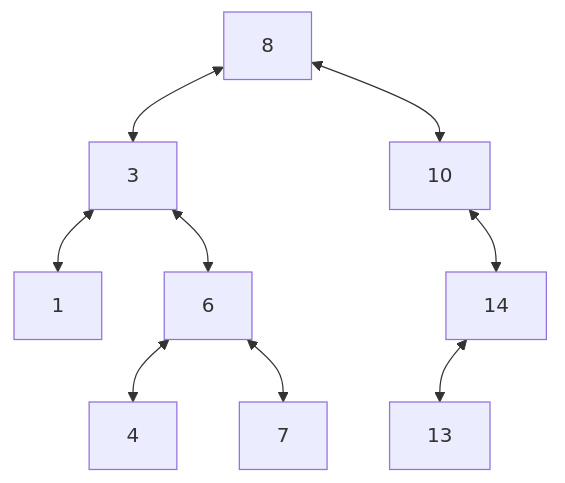
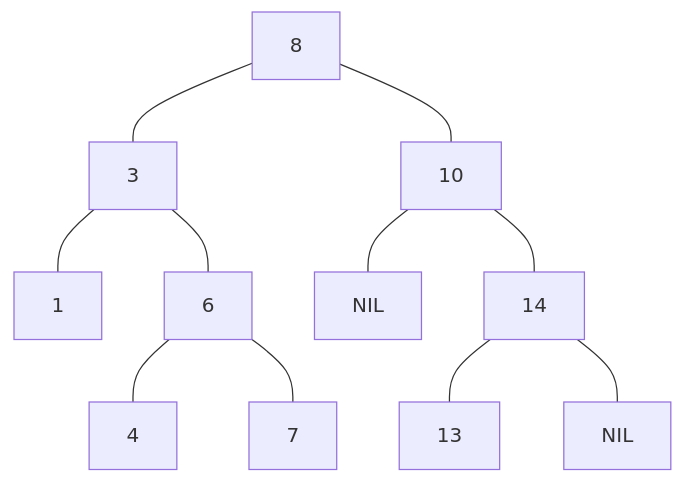
One commit to Eurydia/notes-singularity changed the diagram in Computer science/Data structures/Binary search tree.md. Above: the diagram before and after it, drawn with Mermaid. The commit also changed other lines of this file and 1 other file, not shown here.

Commit message:
added notes on AVL tree

````diff
--- a/Computer science/Data structures/Binary search tree.md
+++ b/Computer science/Data structures/Binary search tree.md
@@ -9,12 +9,10 @@
 ```mermaid
 flowchart TD
-	8<-->3 & 10
-	3<-->1 & 6
-	6<-->4 & 7
-	10~~~12:::hidden
-	10<-->14 
-	14<-->13 
-	14~~~15:::hidden
-
-	classDef hidden display:none;
+	8---3 & 10
+	3---1 & 6
+	6---4 & 7
+	10---12[NIL]
+	10---14 
+	14---13 
+	14---15[NIL]
 ```
````
